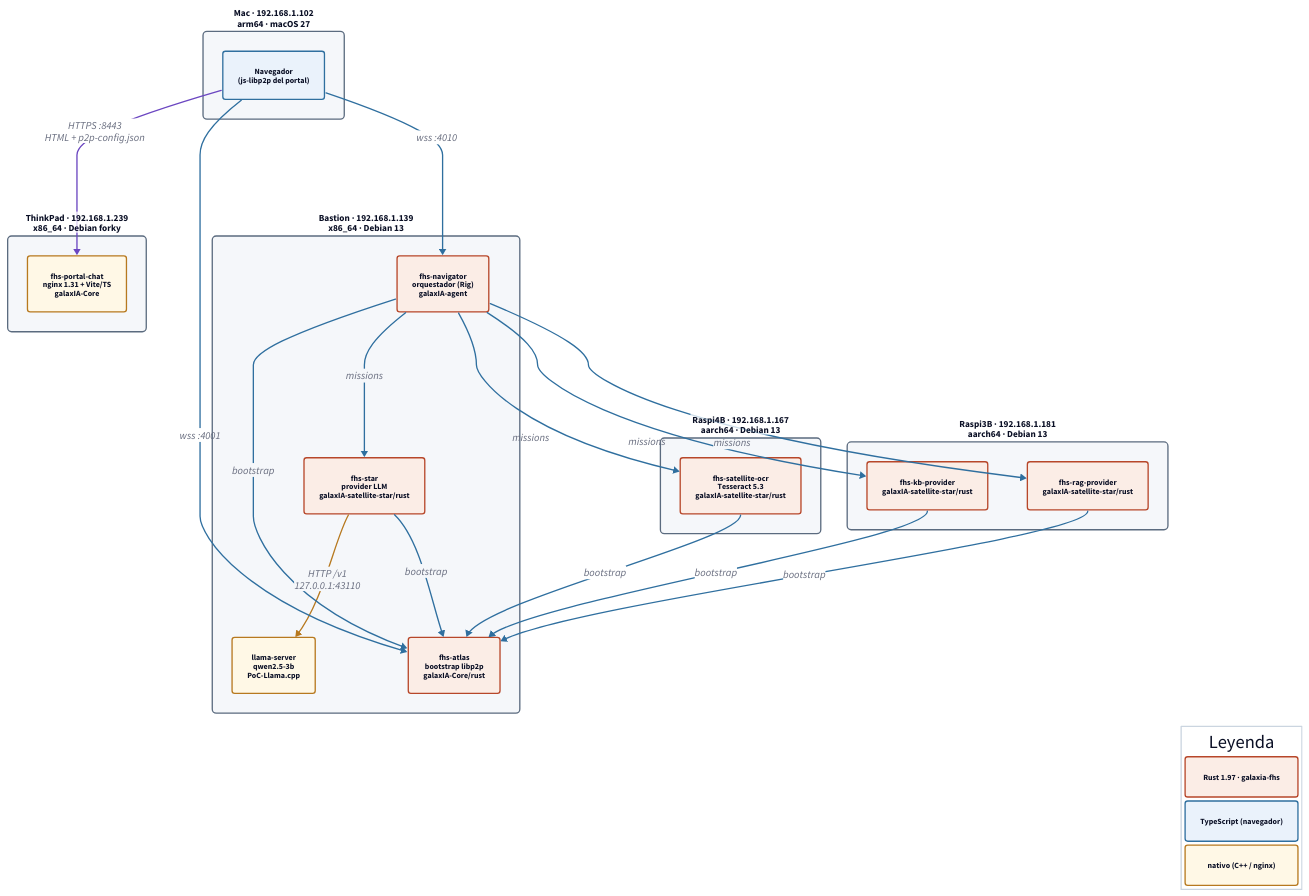
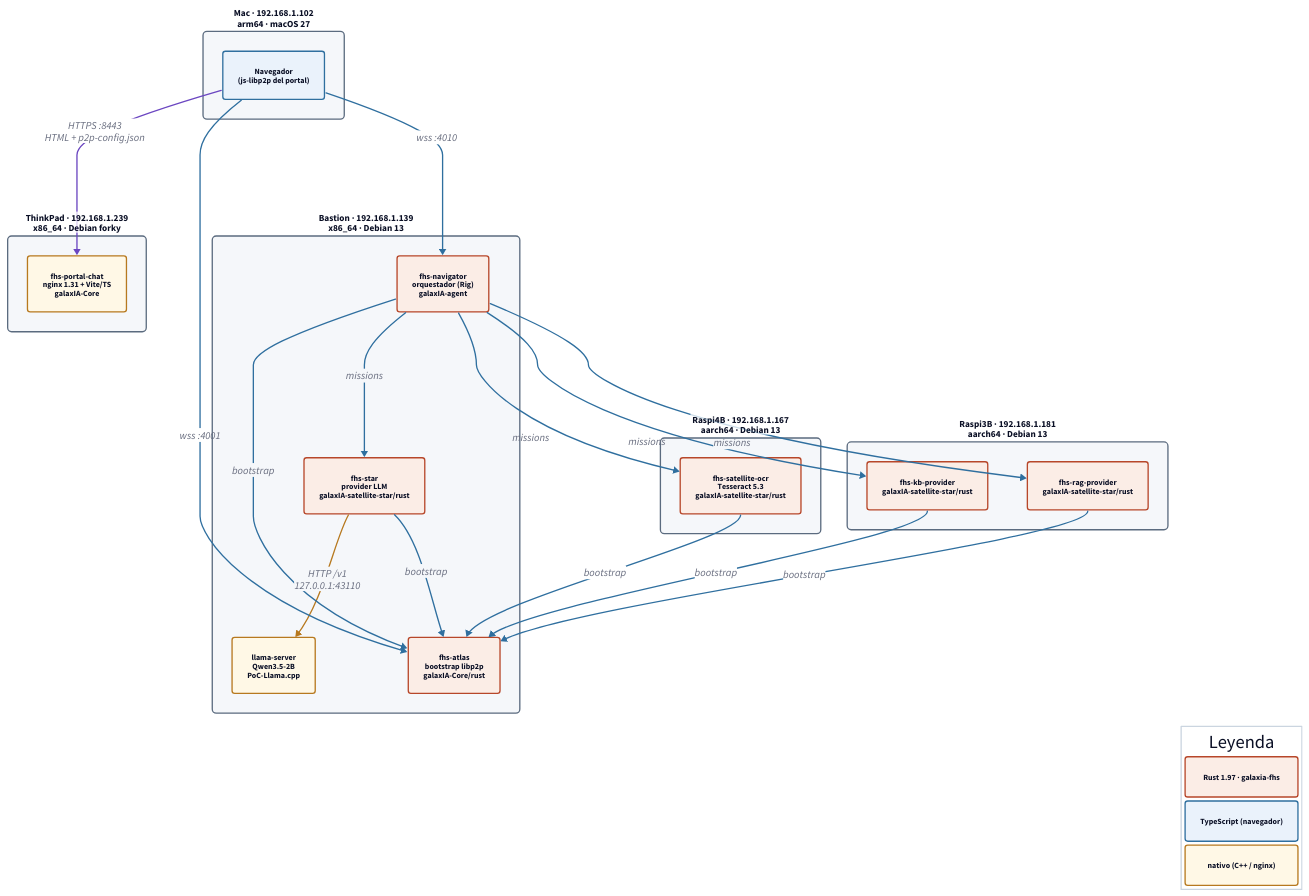
One commit to rafex/galaxIA-gitops changed the diagram in docs/diagramas/mapa-modulos.d2. Above: the diagram before and after it, drawn with D2. The commit also changed 8 other files, not shown here.

```diff
--- a/docs/diagramas/mapa-modulos.d2
+++ b/docs/diagramas/mapa-modulos.d2
@@ -1,122 +1,122 @@
 # Mapa de módulos de la PoC: qué corre en cada máquina y cómo se acoplan
 # Regenerar: scripts/render-diagramas.sh
 
 direction: down
 
 classes: {
   host: {
     style: {
       fill: "#F5F7FA"
       stroke: "#5B6B7F"
       border-radius: 6
       font-size: 14
       bold: true
     }
   }
   ts: {
     style: {
       fill: "#EAF2FB"
       stroke: "#2F6F9F"
       border-radius: 4
       font-size: 12
     }
   }
   rust: {
     style: {
       fill: "#FBEDE6"
       stroke: "#B7472A"
       border-radius: 4
       font-size: 12
     }
   }
   native: {
     style: {
       fill: "#FFF8E6"
       stroke: "#B7791F"
       border-radius: 4
       font-size: 12
     }
   }
   planned: {
     style: {
       fill: "#FFFFFF"
       stroke: "#8A94A3"
       stroke-dash: 4
       border-radius: 4
       font-size: 12
       font-color: "#5B6B7F"
     }
   }
   p2p: {
     style: {
       stroke: "#2F6F9F"
       stroke-width: 2
     }
   }
   local: {
     style: {
       stroke: "#B7791F"
       stroke-width: 2
     }
   }
   web: {
     style: {
       stroke: "#6B46C1"
       stroke-width: 2
     }
   }
 }
 
 leyenda: "Leyenda" {
   near: bottom-right
   grid-columns: 1
   grid-gap: 6
   style.fill: "#FFFFFF"
   style.stroke: "#CBD5E0"
   r: "Rust 1.97 · galaxia-fhs" {class: rust}
   a: "TypeScript (navegador)" {class: ts}
   b: "nativo (C++ / nginx)" {class: native}
 }
 
 mac: "Mac · 192.168.1.102\narm64 · macOS 27" {
   class: host
   browser: "Navegador\n(js-libp2p del portal)" {class: ts}
 }
 
 thinkpad: "ThinkPad · 192.168.1.239\nx86_64 · Debian forky" {
   class: host
   portal: "fhs-portal-chat\nnginx 1.31 + Vite/TS\ngalaxIA-Core" {class: native}
 }
 
 bastion: "Bastion · 192.168.1.139\nx86_64 · Debian 13" {
   class: host
   atlas: "fhs-atlas\nbootstrap libp2p\ngalaxIA-Core/rust" {class: rust}
   navigator: "fhs-navigator\norquestador (Rig)\ngalaxIA-agent" {class: rust}
   star: "fhs-star\nprovider LLM\ngalaxIA-satellite-star/rust" {class: rust}
-  llama: "llama-server\nqwen2.5-3b\nPoC-Llama.cpp" {class: native}
+  llama: "llama-server\nQwen3.5-2B\nPoC-Llama.cpp" {class: native}
   star -> llama: "HTTP /v1\n127.0.0.1:43110" {class: local}
 }
 
 raspi4b: "Raspi4B · 192.168.1.167\naarch64 · Debian 13" {
   class: host
   ocr: "fhs-satellite-ocr\nTesseract 5.3\ngalaxIA-satellite-star/rust" {class: rust}
 }
 
 raspi3b: "Raspi3B · 192.168.1.181\naarch64 · Debian 13" {
   class: host
   kb: "fhs-kb-provider\ngalaxIA-satellite-star/rust" {class: rust}
   rag: "fhs-rag-provider\ngalaxIA-satellite-star/rust" {class: rust}
 }
 
 mac.browser -> thinkpad.portal: "HTTPS :8443\nHTML + p2p-config.json" {class: web}
 mac.browser -> bastion.atlas: "wss :4001" {class: p2p}
 mac.browser -> bastion.navigator: "wss :4010" {class: p2p}
 bastion.navigator -> bastion.atlas: "bootstrap" {class: p2p}
 bastion.star -> bastion.atlas: "bootstrap" {class: p2p}
 raspi4b.ocr -> bastion.atlas: "bootstrap" {class: p2p}
 raspi3b.kb -> bastion.atlas: "bootstrap" {class: p2p}
 raspi3b.rag -> bastion.atlas: "bootstrap" {class: p2p}
 bastion.navigator -> bastion.star: "missions" {class: p2p}
 bastion.navigator -> raspi4b.ocr: "missions" {class: p2p}
 bastion.navigator -> raspi3b.kb: "missions" {class: p2p}
 bastion.navigator -> raspi3b.rag: "missions" {class: p2p}
```
